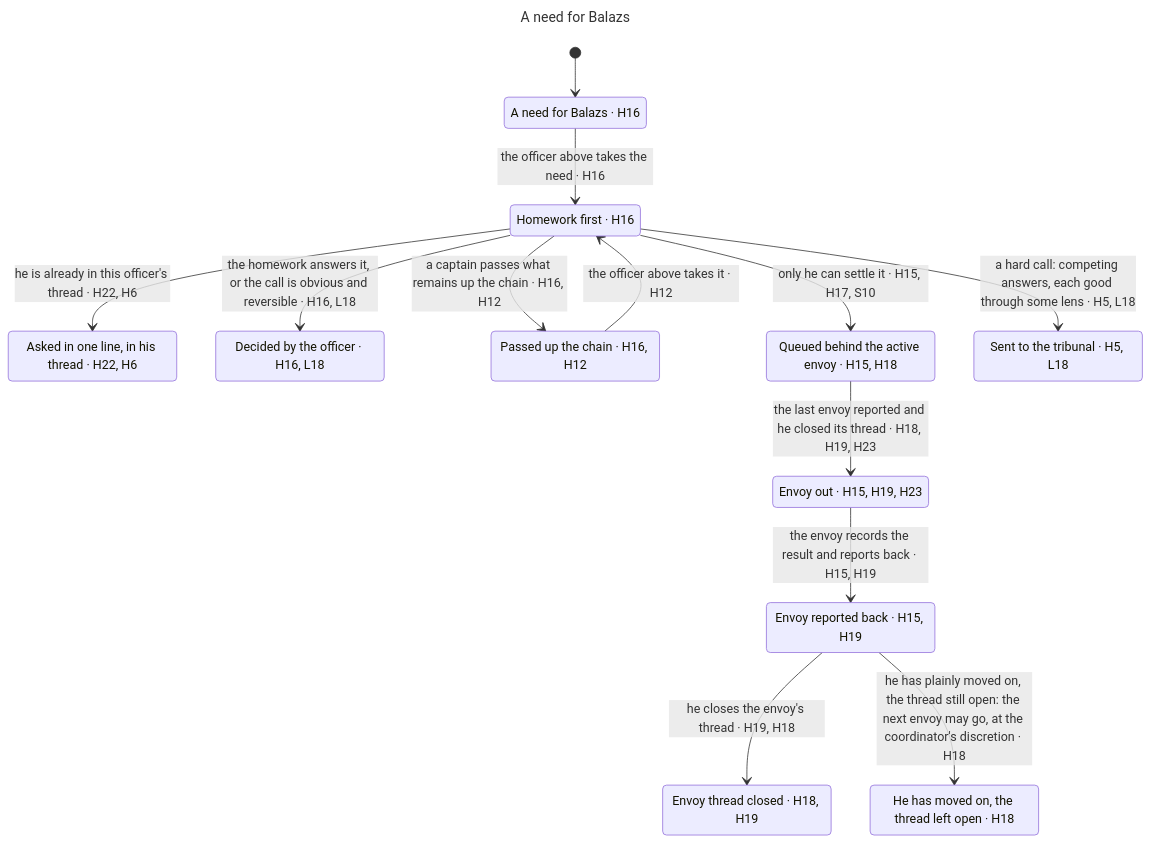
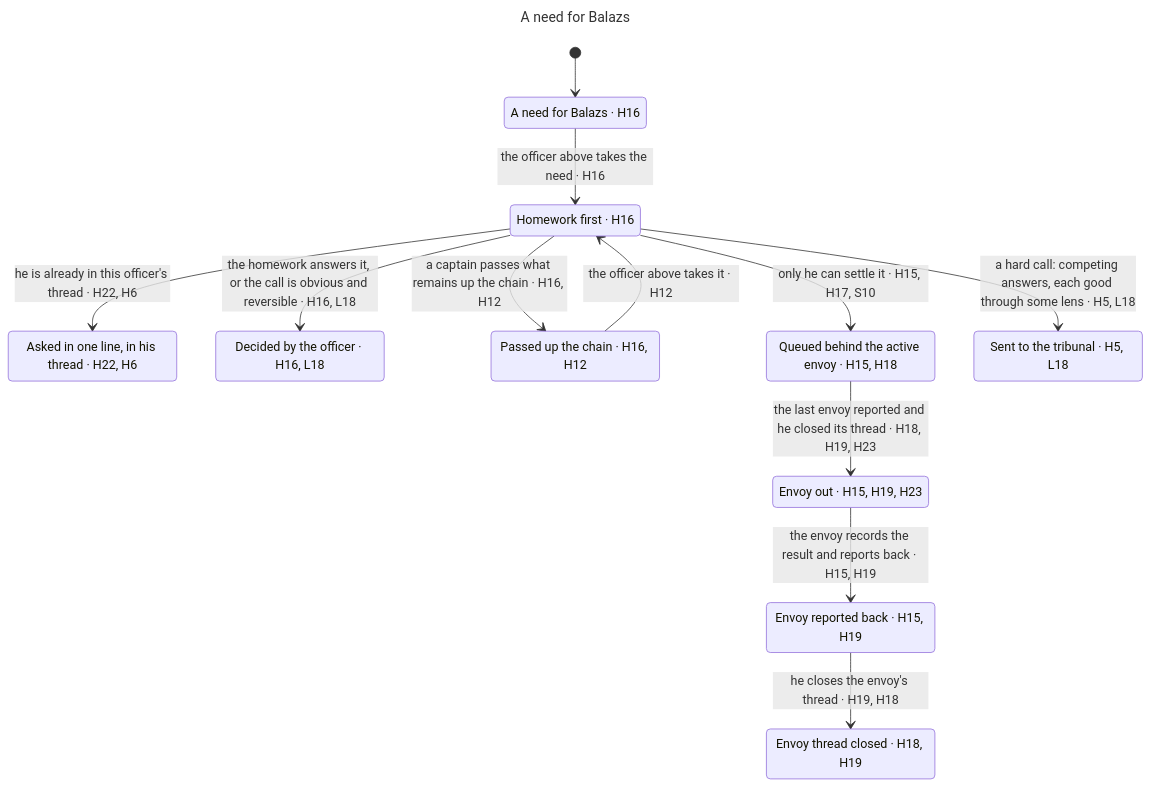
The diagram in claims/statechart/envoy/chart.mmd (BalazsOrg/dydo), drawn with Mermaid before and after one commit. The commit also changed 9 other files, not shown here.

First line of the commit message:
DYD-1286 implement: charts and statechart README follow the closed GAPs

```diff
--- a/claims/statechart/envoy/chart.mmd
+++ b/claims/statechart/envoy/chart.mmd
@@ -1,27 +1,25 @@
 ---
 title: "A need for Balazs"
 ---
 stateDiagram-v2
   s0: A need for Balazs #183; H16
   s1: Homework first #183; H16
   s2: Asked in one line, in his thread #183; H22, H6
   s3: Decided by the officer #183; H16, L18
   s4: Passed up the chain #183; H16, H12
   s5: Queued behind the active envoy #183; H15, H18
   s6: Sent to the tribunal #183; H5, L18
   s7: Envoy out #183; H15, H19, H23
   s8: Envoy reported back #183; H15, H19
   s9: Envoy thread closed #183; H18, H19
-  s10: He has moved on, the thread left open #183; H18
   [*] --> s0
   s0 --> s1: the officer above takes the need #183; H16
   s1 --> s2: he is already in this officer's thread #183; H22, H6
   s1 --> s3: the homework answers it, or the call is obvious and reversible #183; H16, L18
+  s1 --> s4: a captain passes what remains up the chain #183; H16, H12
   s1 --> s5: only he can settle it #183; H15, H17, S10
   s1 --> s6: a hard call: competing answers, each good through some lens #183; H5, L18
-  s1 --> s4: a captain passes what remains up the chain #183; H16, H12
   s4 --> s1: the officer above takes it #183; H12
   s5 --> s7: the last envoy reported and he closed its thread #183; H18, H19, H23
   s7 --> s8: the envoy records the result and reports back #183; H15, H19
   s8 --> s9: he closes the envoy's thread #183; H19, H18
-  s8 --> s10: he has plainly moved on, the thread still open: the next envoy may go, at the coordinator's discretion #183; H18
```
